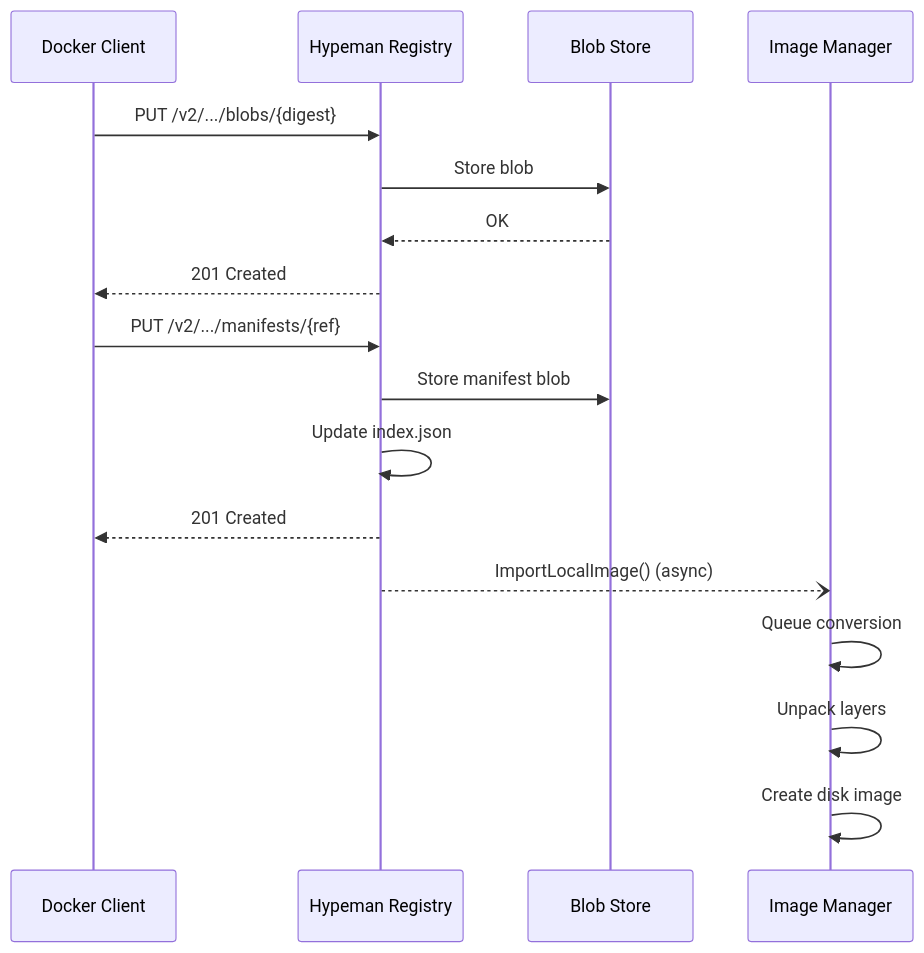
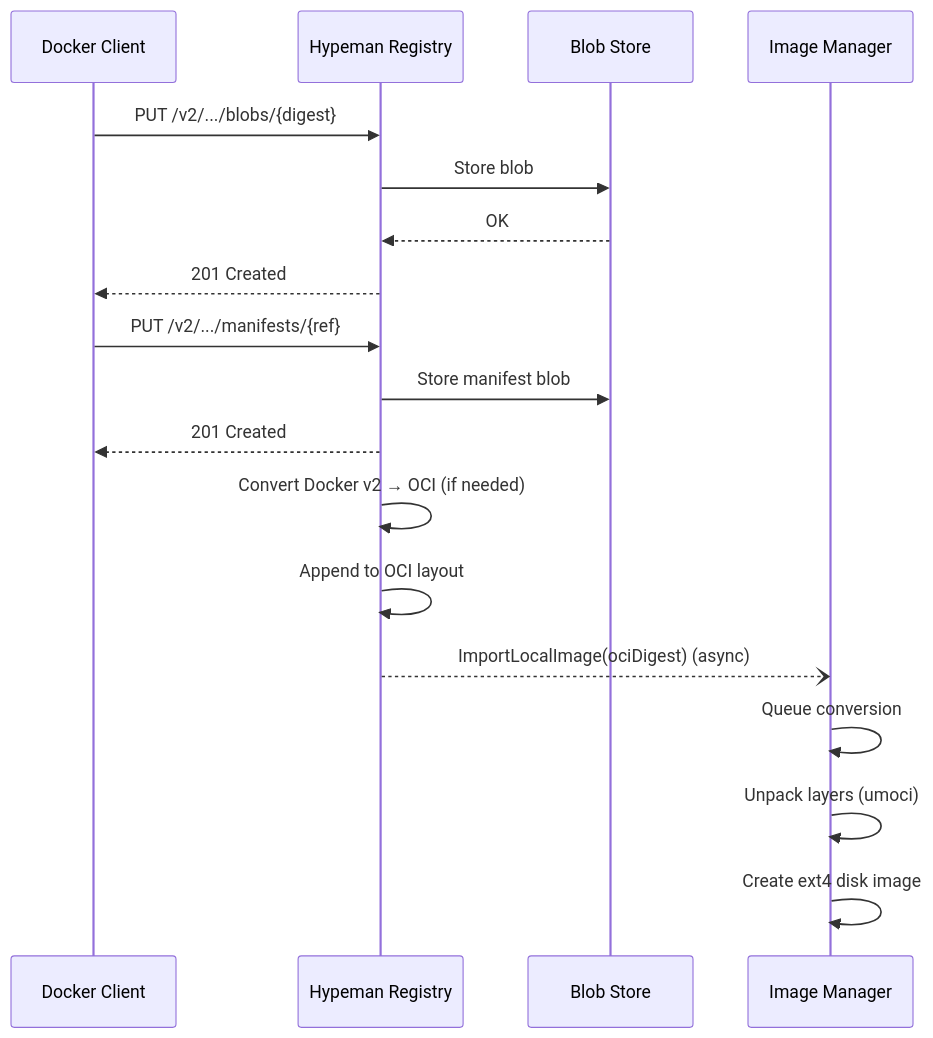
One commit to onkernel/hypeman changed the diagram in lib/registry/README.md. Above: the diagram before and after it, drawn with Mermaid. The commit also changed other lines of this file, not shown here.

````diff
--- a/lib/registry/README.md
+++ b/lib/registry/README.md
@@ -7,22 +7,23 @@
 ```mermaid
 sequenceDiagram
     participant Client as Docker Client
     participant Registry as Hypeman Registry
     participant BlobStore as Blob Store
     participant ImageMgr as Image Manager
 
     Client->>Registry: PUT /v2/.../blobs/{digest}
     Registry->>BlobStore: Store blob
     BlobStore-->>Registry: OK
     Registry-->>Client: 201 Created
 
     Client->>Registry: PUT /v2/.../manifests/{ref}
     Registry->>BlobStore: Store manifest blob
-    Registry->>Registry: Update index.json
     Registry-->>Client: 201 Created
     
-    Registry--)ImageMgr: ImportLocalImage() (async)
+    Registry->>Registry: Convert Docker v2 → OCI (if needed)
+    Registry->>Registry: Append to OCI layout
+    Registry--)ImageMgr: ImportLocalImage(ociDigest) (async)
     ImageMgr->>ImageMgr: Queue conversion
-    ImageMgr->>ImageMgr: Unpack layers
-    ImageMgr->>ImageMgr: Create disk image
+    ImageMgr->>ImageMgr: Unpack layers (umoci)
+    ImageMgr->>ImageMgr: Create ext4 disk image
 ```
````
